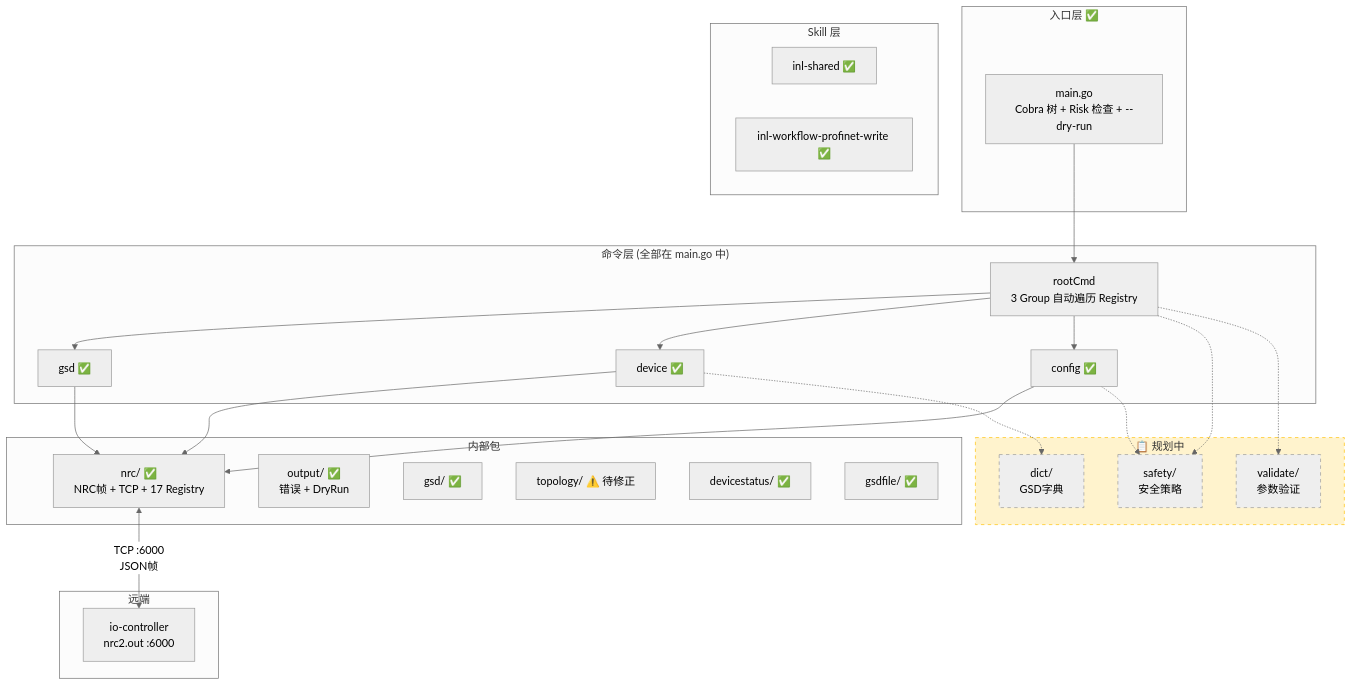
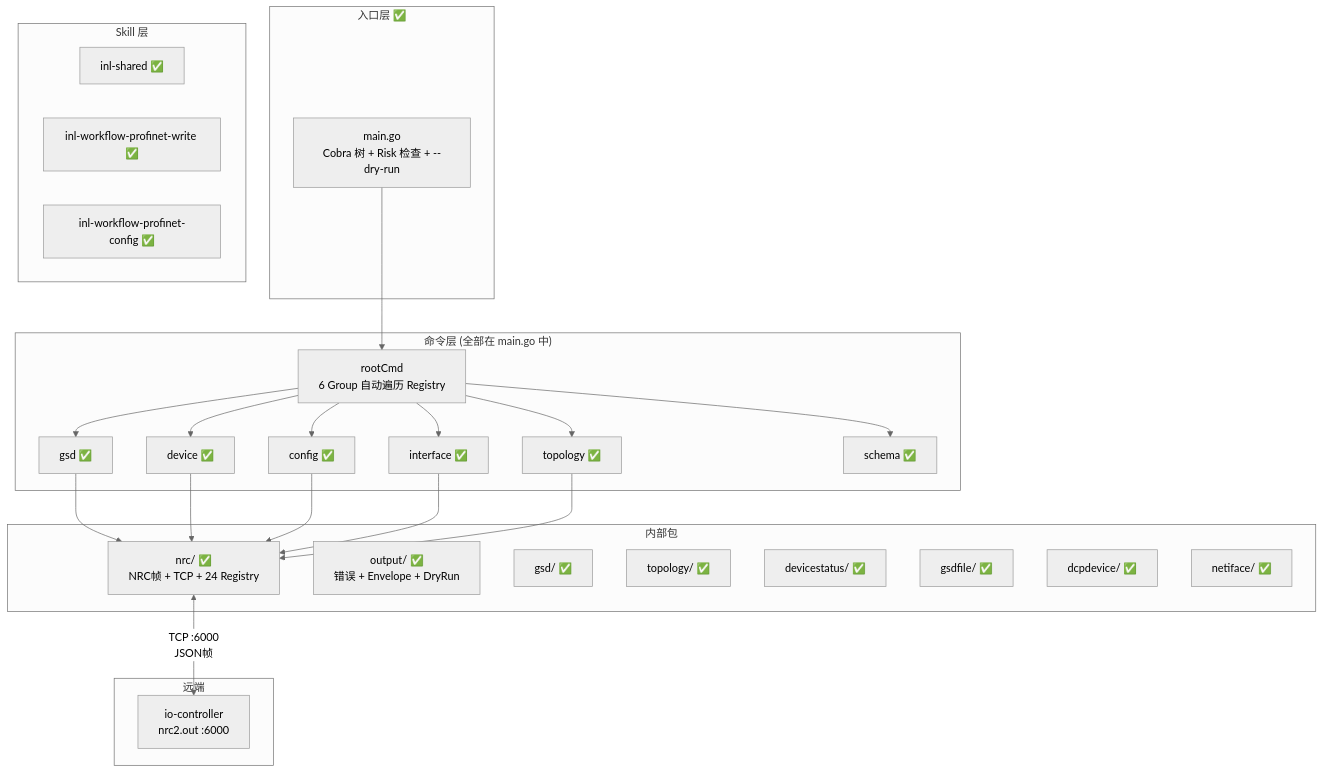
The first of 5 diagrams in docs/inl-architecture.md (hqy2435662352/inl), drawn with Mermaid (neutral theme) before and after one commit. The commit also changed other lines of this file and 4 other files, not shown here.

````diff
--- a/docs/inl-architecture.md
+++ b/docs/inl-architecture.md
@@ -107,50 +102,42 @@
 ```mermaid
 flowchart TB
     subgraph Entry["入口层 ✅"]
         MAIN[main.go<br/>Cobra 树 + Risk 检查 + --dry-run]
     end
 
     subgraph CMD["命令层 (全部在 main.go 中)"]
-        ROOT[rootCmd<br/>3 Group 自动遍历 Registry]
+        ROOT[rootCmd<br/>6 Group 自动遍历 Registry]
         TOPO[gsd ✅]
         GSDCMD[device ✅]
         DEV[config ✅]
+        IFACE[interface ✅]
+        TOPOS[topology ✅]
+        SCH[schema ✅]
     end
 
     subgraph Internal["内部包"]
-        NRC[nrc/ ✅<br/>NRC帧 + TCP + 17 Registry]
-        OUT[output/ ✅<br/>错误 + DryRun]
+        NRC[nrc/ ✅<br/>NRC帧 + TCP + 24 Registry]
+        OUT[output/ ✅<br/>错误 + Envelope + DryRun]
         GSDT[gsd/ ✅]
-        TOPOT[topology/ ⚠️ 待修正]
+        TOPOT[topology/ ✅]
         DEVS[devicestatus/ ✅]
         GSDF[gsdfile/ ✅]
-    end
-
-    subgraph Planned["📋 规划中"]
-        SAFE[safety/<br/>安全策略]
-        DICT[dict/<br/>GSD字典]
-        VAL[validate/<br/>参数验证]
+        DCPD[dcpdevice/ ✅]
+        NETIF[netiface/ ✅]
     end
 
     subgraph Skills["Skill 层"]
         S_SH[inl-shared ✅]
         S_WW[inl-workflow-profinet-write ✅]
+        S_CFG[inl-workflow-profinet-config ✅]
     end
 
     subgraph Remote["远端"]
         IOCTL[io-controller<br/>nrc2.out :6000]
     end
 
     MAIN --> ROOT
-    ROOT --> TOPO & GSDCMD & DEV
-    TOPO & GSDCMD & DEV --> NRC
+    ROOT --> TOPO & GSDCMD & DEV & IFACE & TOPOS & SCH
+    TOPO & GSDCMD & DEV & IFACE & TOPOS --> NRC
     NRC <-->|"TCP :6000<br/>JSON帧"| IOCTL
-    ROOT -.-> SAFE & VAL
-    DEV -.-> SAFE
-    GSDCMD -.-> DICT
-
-    style Planned fill:#fff3cd,stroke:#ffc107,stroke-dasharray: 5 5
-    style SAFE stroke-dasharray: 5 5
-    style DICT stroke-dasharray: 5 5
-    style VAL stroke-dasharray: 5 5
 ```
````
